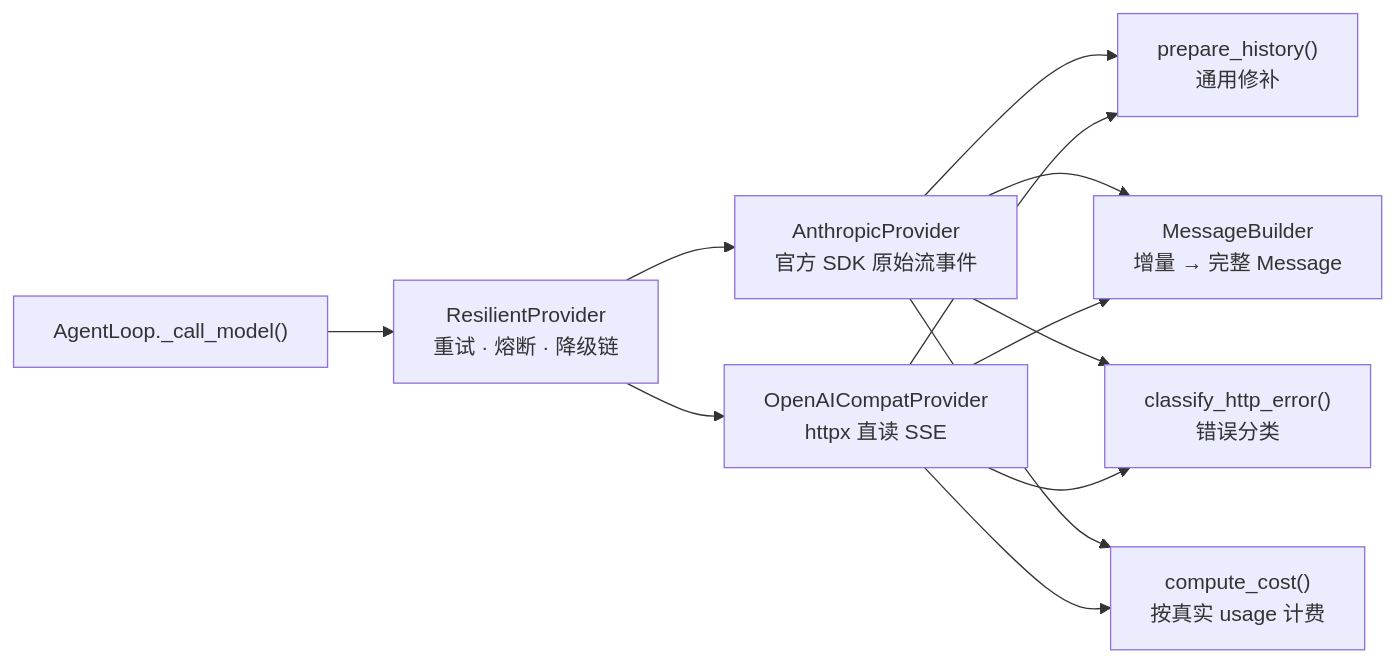
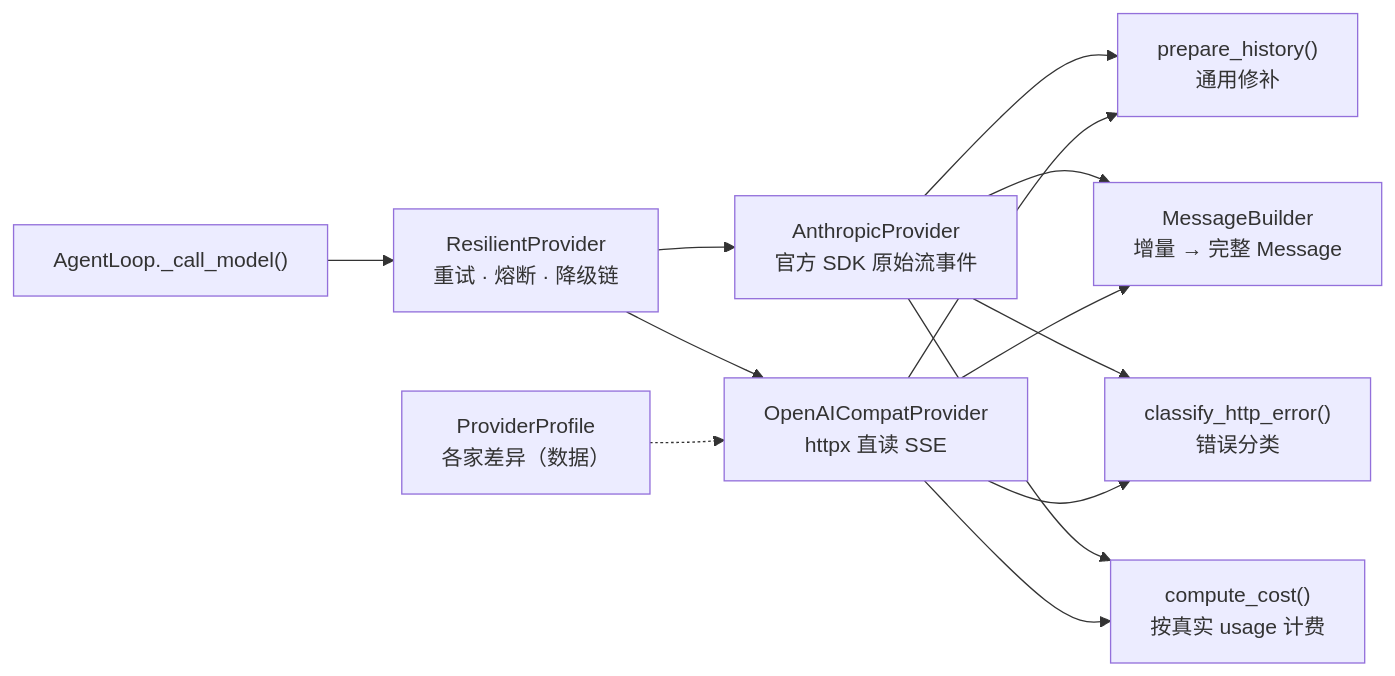
The diagram in docs/core/messages-and-models.md (flywhlway/flywhl-harness), drawn with Mermaid before and after one commit. The commit also changed other lines of this file and 8 other files, not shown here.

````diff
--- a/docs/core/messages-and-models.md
+++ b/docs/core/messages-and-models.md
@@ -89,10 +89,11 @@
 ```mermaid
 flowchart LR
     L["AgentLoop._call_model()"] --> R["ResilientProvider<br/>重试 · 熔断 · 降级链"]
     R --> A["AnthropicProvider<br/>官方 SDK 原始流事件"]
     R --> O["OpenAICompatProvider<br/>httpx 直读 SSE"]
+    P["ProviderProfile<br/>各家差异（数据）"] -.-> O
     A & O --> PH["prepare_history()<br/>通用修补"]
     A & O --> MB["MessageBuilder<br/>增量 → 完整 Message"]
     A & O --> CE["classify_http_error()<br/>错误分类"]
     A & O --> CC["compute_cost()<br/>按真实 usage 计费"]
 ```
````
